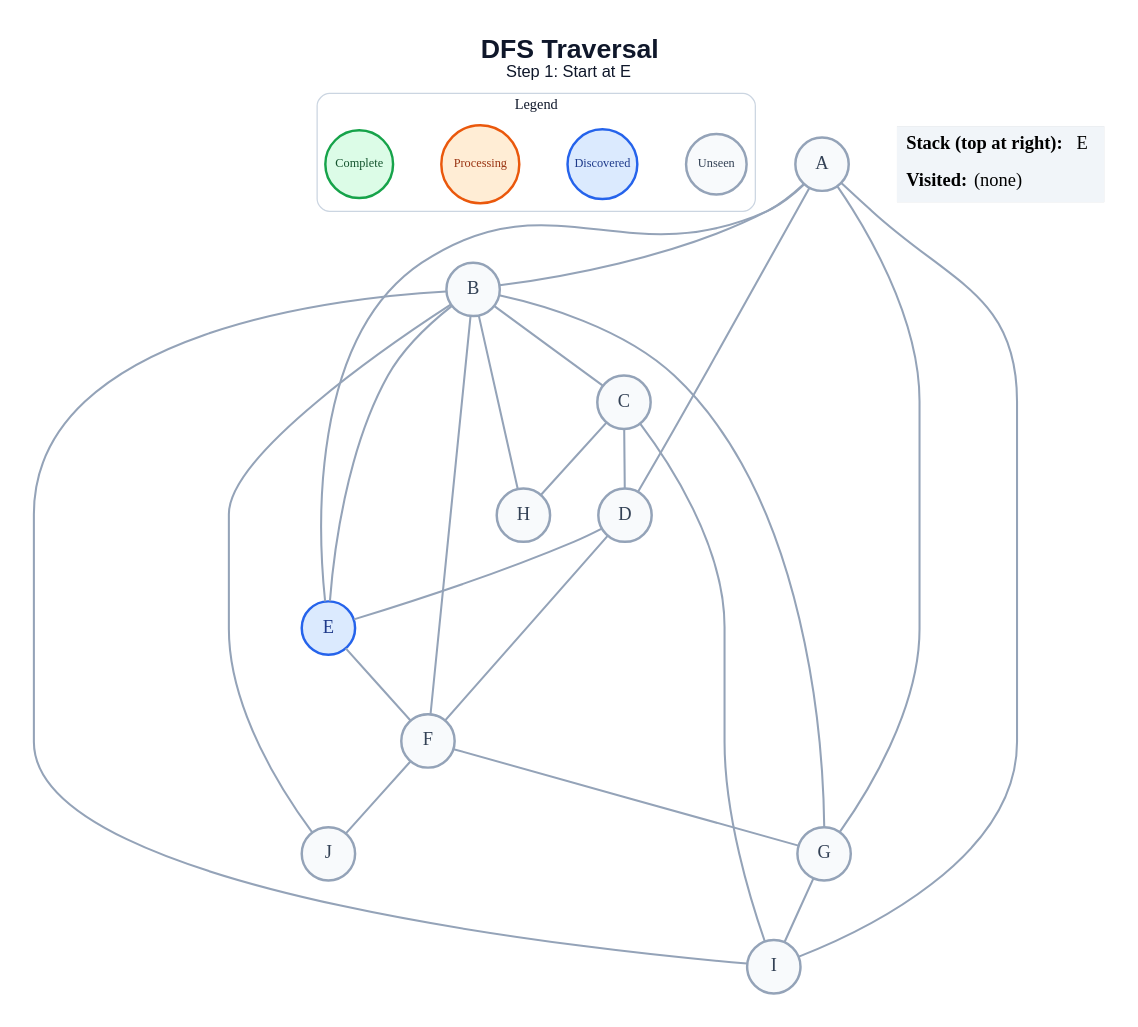
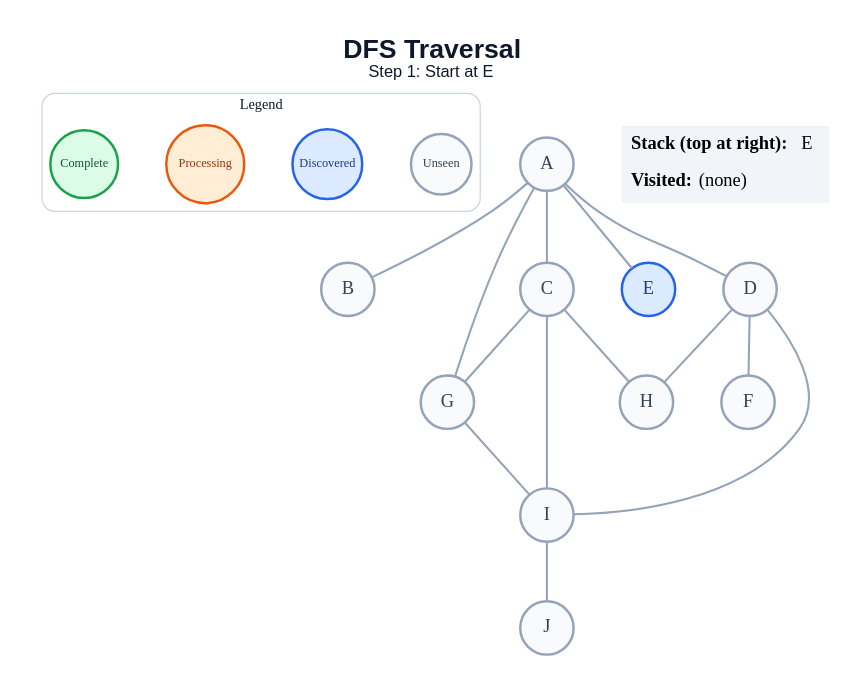
The diagram in generated/specific-node/dfs/step_01.dot (amanghodawala9/ai-slop), drawn with Graphviz before and after one commit. The commit also changed 178 other files, not shown here.

```diff
--- a/generated/specific-node/dfs/step_01.dot
+++ b/generated/specific-node/dfs/step_01.dot
@@ -1,50 +1,42 @@
 graph traversal {
   graph [layout=dot, rankdir=TB, bgcolor="#FFFFFF", pad="0.35", nodesep="0.65", ranksep="0.8", fontname="Arial"];
   node [shape=circle, style="filled", fontname="Arial Bold", fontsize=18, width=0.72, fixedsize=true, penwidth=2.4];
   edge [color="#94A3B8", penwidth=2.0];
   label=<<B>DFS Traversal</B><BR/><FONT POINT-SIZE="16">Step 1: Start at E</FONT>>; labelloc="t"; fontsize=26; fontname="Arial"; fontcolor="#0F172A";
   subgraph cluster_legend { label="Legend"; color="#CBD5E1"; penwidth=1.2; style="rounded"; fontsize=14; fontname="Arial Bold";
     key_unseen [label="Unseen", fillcolor="#F8FAFC", color="#94A3B8", fontcolor="#334155", fontsize=12, width=0.82];
     key_frontier [label="Discovered", fillcolor="#DBEAFE", color="#2563EB", fontcolor="#1E3A8A", fontsize=12, width=0.95];
     key_current [label="Processing", fillcolor="#FFEDD5", color="#EA580C", fontcolor="#9A3412", fontsize=12, width=1.05];
     key_done [label="Complete", fillcolor="#DCFCE7", color="#16A34A", fontcolor="#14532D", fontsize=12, width=0.92];
     { rank=same; key_unseen; key_frontier; key_current; key_done; }
   }
   A [fillcolor="#F8FAFC", color="#94A3B8", fontcolor="#334155"];
   B [fillcolor="#F8FAFC", color="#94A3B8", fontcolor="#334155"];
   C [fillcolor="#F8FAFC", color="#94A3B8", fontcolor="#334155"];
   D [fillcolor="#F8FAFC", color="#94A3B8", fontcolor="#334155"];
   E [fillcolor="#DBEAFE", color="#2563EB", fontcolor="#1E3A8A"];
   F [fillcolor="#F8FAFC", color="#94A3B8", fontcolor="#334155"];
   G [fillcolor="#F8FAFC", color="#94A3B8", fontcolor="#334155"];
   H [fillcolor="#F8FAFC", color="#94A3B8", fontcolor="#334155"];
   I [fillcolor="#F8FAFC", color="#94A3B8", fontcolor="#334155"];
   J [fillcolor="#F8FAFC", color="#94A3B8", fontcolor="#334155"];
   A -- B;
+  A -- C;
   A -- D;
   A -- E;
   A -- G;
-  A -- I;
-  B -- C;
-  B -- E;
-  B -- F;
-  B -- G;
-  B -- H;
-  B -- I;
-  B -- J;
-  C -- D;
+  C -- G;
   C -- H;
   C -- I;
-  D -- E;
   D -- F;
-  E -- F;
-  F -- G;
-  F -- J;
+  D -- H;
+  D -- I;
   G -- I;
+  I -- J;
   status [shape=plain, fixedsize=false, width=0, height=0, margin=0, label=<
     <TABLE BORDER="0" CELLBORDER="0" CELLPADDING="7" BGCOLOR="#F1F5F9">
       <TR><TD ALIGN="LEFT"><B>Stack (top at right):</B> E</TD></TR>
       <TR><TD ALIGN="LEFT"><B>Visited:</B> (none)</TD></TR>
     </TABLE>
   >];
 }
```
